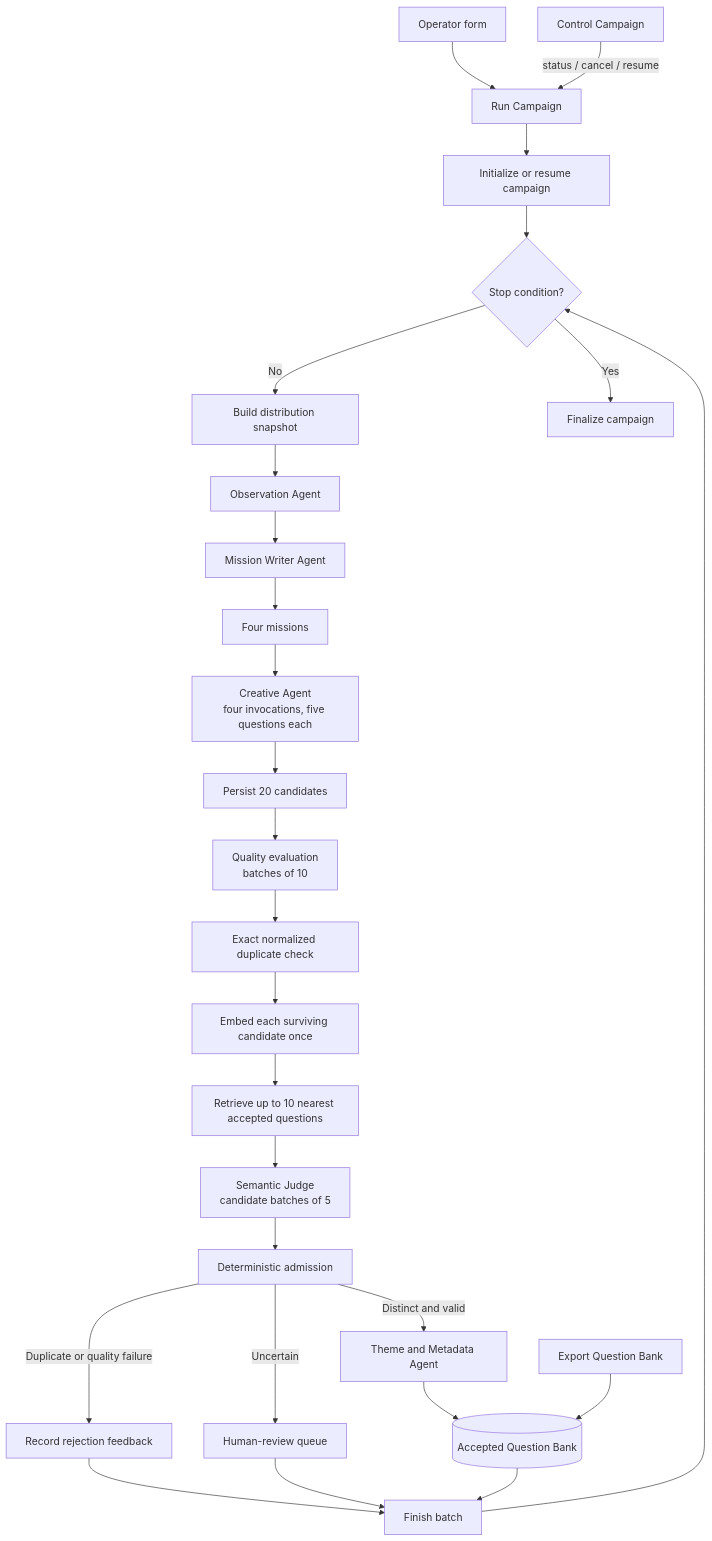
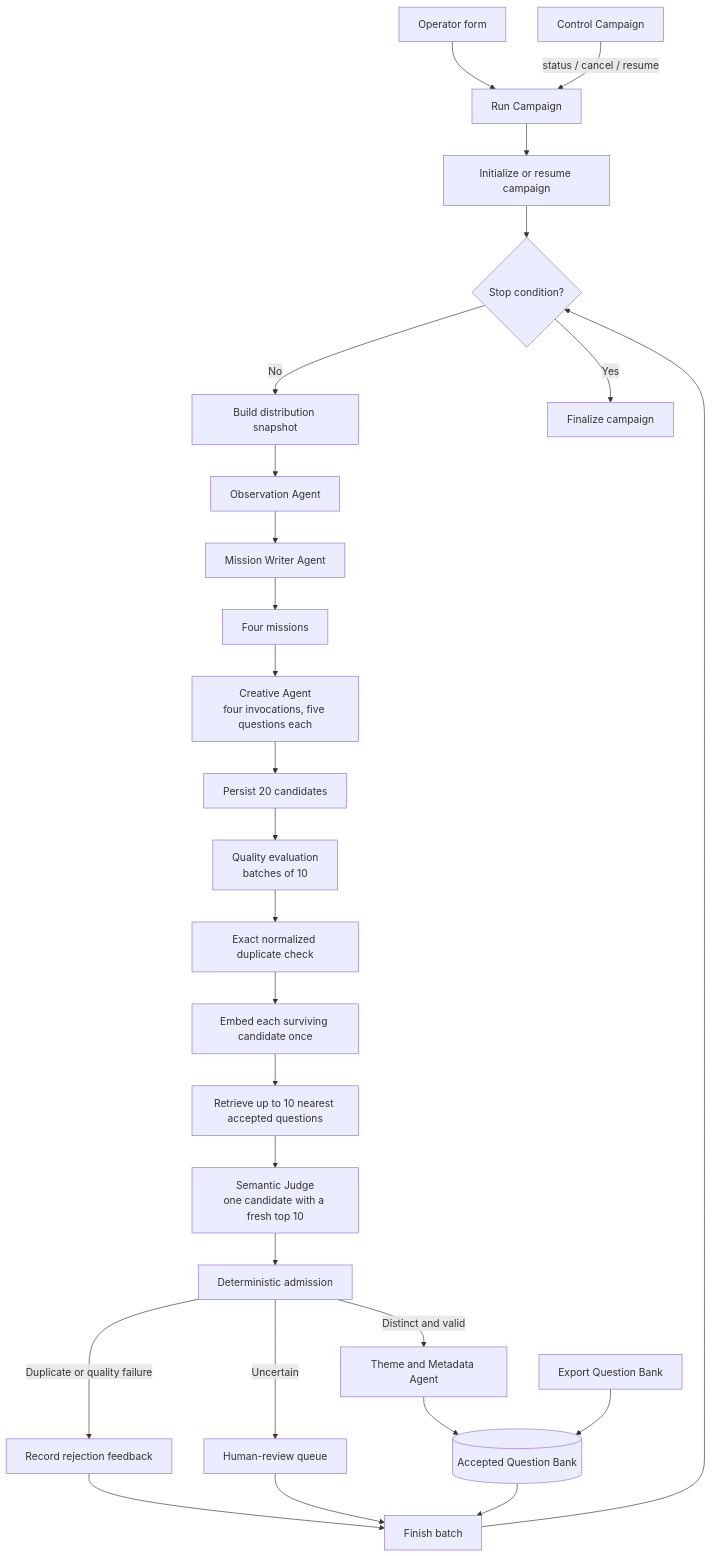
The diagram in docs/n8n-question-bank-v3-migration-plan.md (dzngo/whogetsyou), drawn with Mermaid before and after one commit. The commit also changed other lines of this file and 64 other files, not shown here.

````diff
--- a/docs/n8n-question-bank-v3-migration-plan.md
+++ b/docs/n8n-question-bank-v3-migration-plan.md
@@ -70,30 +82,30 @@
 ```mermaid
 flowchart TD
     O[Operator form] --> C[Run Campaign]
     C --> I[Initialize or resume campaign]
     I --> S{Stop condition?}
     S -->|No| D[Build distribution snapshot]
     D --> OB[Observation Agent]
     OB --> MW[Mission Writer Agent]
     MW --> M[Four missions]
     M --> CA[Creative Agent<br/>four invocations, five questions each]
     CA --> P[Persist 20 candidates]
     P --> Q[Quality evaluation<br/>batches of 10]
     Q --> X[Exact normalized duplicate check]
     X --> E[Embed each surviving candidate once]
     E --> N[Retrieve up to 10 nearest accepted questions]
-    N --> SJ[Semantic Judge<br/>candidate batches of 5]
+    N --> SJ[Semantic Judge<br/>one candidate with a fresh top 10]
     SJ --> A[Deterministic admission]
     A -->|Duplicate or quality failure| R[Record rejection feedback]
     A -->|Uncertain| H[Human-review queue]
     A -->|Distinct and valid| T[Theme and Metadata Agent]
     T --> B[(Accepted Question Bank)]
     R --> Z[Finish batch]
     H --> Z
     B --> Z
     Z --> S
     S -->|Yes| F[Finalize campaign]
 
     CTRL[Control Campaign] -->|status / cancel / resume| C
     EX[Export Question Bank] --> B
 ```
````
